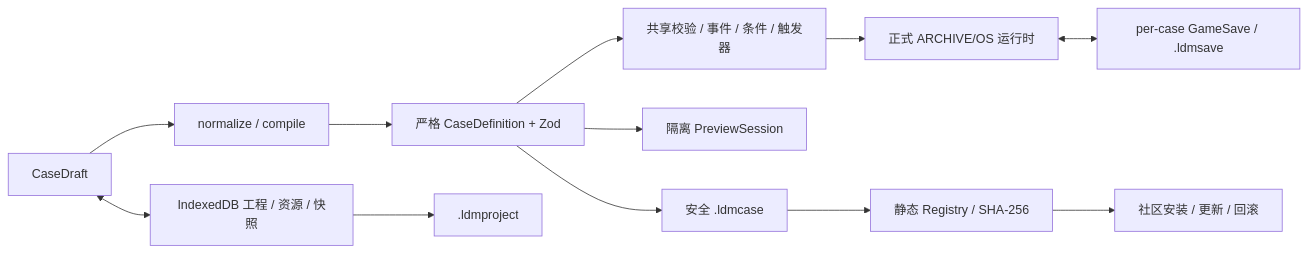
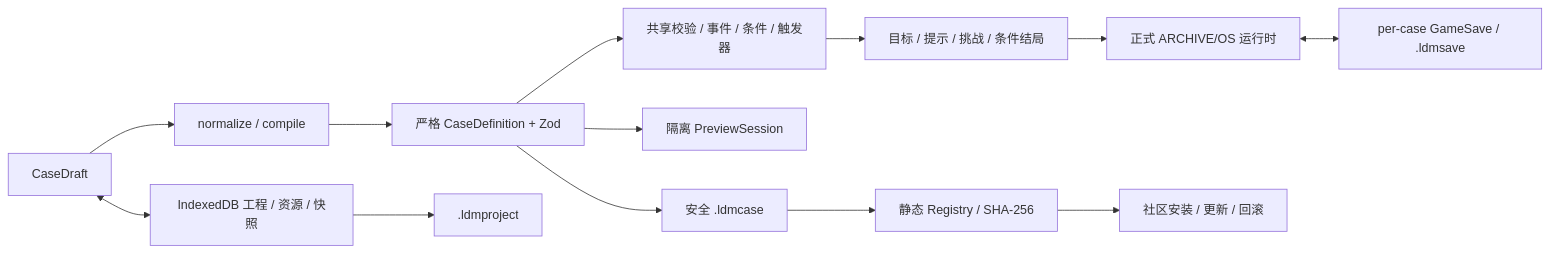
The diagram in README.md (PHLXXX/lost-desktop-museum), drawn with Mermaid before and after one commit. The commit also changed other lines of this file and 52 other files, not shown here.

````diff
--- a/README.md
+++ b/README.md
@@ -83,14 +85,15 @@
 ```mermaid
 flowchart LR
   A[CaseDraft] --> B[normalize / compile]
   B --> C[严格 CaseDefinition + Zod]
   C --> D[共享校验 / 事件 / 条件 / 触发器]
-  D --> E[正式 ARCHIVE/OS 运行时]
+  D --> M[目标 / 提示 / 挑战 / 条件结局]
+  M --> E[正式 ARCHIVE/OS 运行时]
   A <--> F[IndexedDB 工程 / 资源 / 快照]
   C --> G[隔离 PreviewSession]
   C --> H[安全 .ldmcase]
   H --> K[静态 Registry / SHA-256]
   K --> L[社区安装 / 更新 / 回滚]
   F --> I[.ldmproject]
   E <--> J[per-case GameSave / .ldmsave]
 ```
````
